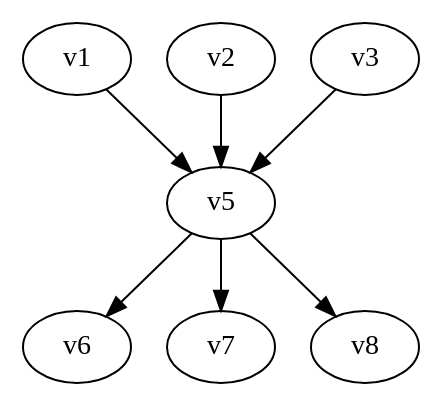
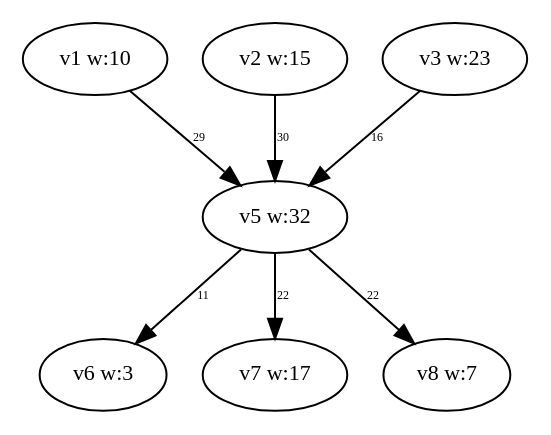
Before and after one commit to dexters1/Task-Scheduling-Based-on-Genetic-Algorithms: the diagram in PythonApplication1/PythonApplication1/test-output/slika_3_Simplified.gv, drawn with Graphviz. The commit also changed 45 other files, not shown here.

```diff
--- a/PythonApplication1/PythonApplication1/test-output/slika_3_Simplified.gv
+++ b/PythonApplication1/PythonApplication1/test-output/slika_3_Simplified.gv
@@ -1,16 +1,15 @@
-// slika_3_Simplified.gv
 digraph {
-	v1 [label=v1]
-	v2 [label=v2]
-	v3 [label=v3]
-	v5 [label=v5]
-	v6 [label=v6]
-	v7 [label=v7]
-	v8 [label=v8]
-	v5 -> v6 [constraint=true]
-	v5 -> v7 [constraint=true]
-	v5 -> v8 [constraint=true]
-	v1 -> v5 [constraint=true]
-	v2 -> v5 [constraint=true]
-	v3 -> v5 [constraint=true]
+	v1 [label="v1 w:10" fontsize=11.0]
+	v2 [label="v2 w:15" fontsize=11.0]
+	v3 [label="v3 w:23" fontsize=11.0]
+	v5 [label="v5 w:32" fontsize=11.0]
+	v6 [label="v6 w:3" fontsize=11.0]
+	v7 [label="v7 w:17" fontsize=11.0]
+	v8 [label="v8 w:7" fontsize=11.0]
+	v5 -> v6 [label=11 constraint=true fontsize=6.0]
+	v5 -> v7 [label=22 constraint=true fontsize=6.0]
+	v5 -> v8 [label=22 constraint=true fontsize=6.0]
+	v1 -> v5 [label=29 constraint=true fontsize=6.0]
+	v2 -> v5 [label=30 constraint=true fontsize=6.0]
+	v3 -> v5 [label=16 constraint=true fontsize=6.0]
 }
```
